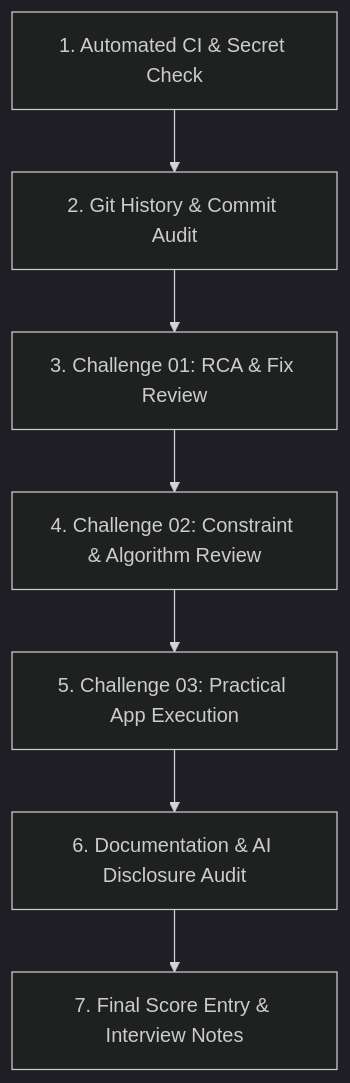
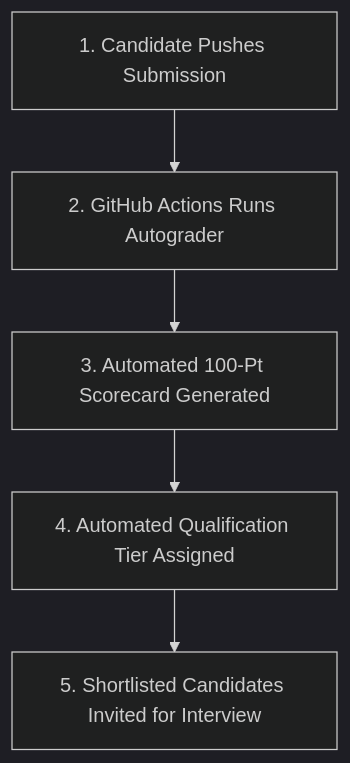
Before and after one commit to VinaySiddha/gdgoc-organiser-recruitment: the second of 2 diagrams in evaluation/EVALUATOR_GUIDE.md, drawn with Mermaid (dark theme). The commit also changed other lines of this file and 10 other files, not shown here.

````diff
--- a/evaluation/EVALUATOR_GUIDE.md
+++ b/evaluation/EVALUATOR_GUIDE.md
@@ -49,9 +67,7 @@
 ```mermaid
 flowchart TD
-    S1[1. Automated CI & Secret Check] --> S2[2. Git History & Commit Audit]
-    S2 --> S3[3. Challenge 01: RCA & Fix Review]
-    S3 --> S4[4. Challenge 02: Constraint & Algorithm Review]
-    S4 --> S5[5. Challenge 03: Practical App Execution]
-    S5 --> S6[6. Documentation & AI Disclosure Audit]
-    S6 --> S7[7. Final Score Entry & Interview Notes]
+    S1[1. Candidate Pushes Submission] --> S2[2. GitHub Actions Runs Autograder]
+    S2 --> S3[3. Automated 100-Pt Scorecard Generated]
+    S3 --> S4[4. Automated Qualification Tier Assigned]
+    S4 --> S5[5. Shortlisted Candidates Invited for Interview]
 ```
````
